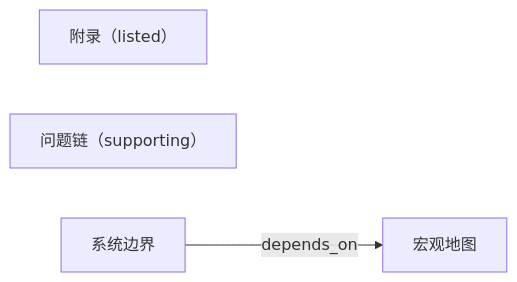
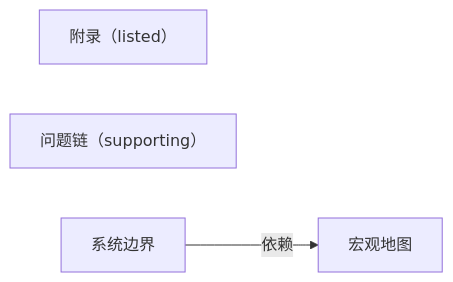
Before and after one commit to Vico304/whetstone-ai: the diagram in plugin/skills/learn/assets/units-template/s01.md, drawn with Mermaid. The commit also changed 8 other files, not shown here.

````diff
--- a/plugin/skills/learn/assets/units-template/s01.md
+++ b/plugin/skills/learn/assets/units-template/s01.md
@@ -46,8 +46,8 @@
 ```mermaid
 flowchart LR
     C_learning_design_appendix["附录（listed）"]
     C_learning_design_macro_map["宏观地图"]
     C_learning_design_problem_chain["问题链（supporting）"]
     C_learning_design_system_boundary["系统边界"]
-    C_learning_design_system_boundary -- depends_on --> C_learning_design_macro_map
+    C_learning_design_system_boundary -- "依赖" --> C_learning_design_macro_map
 ```
````
